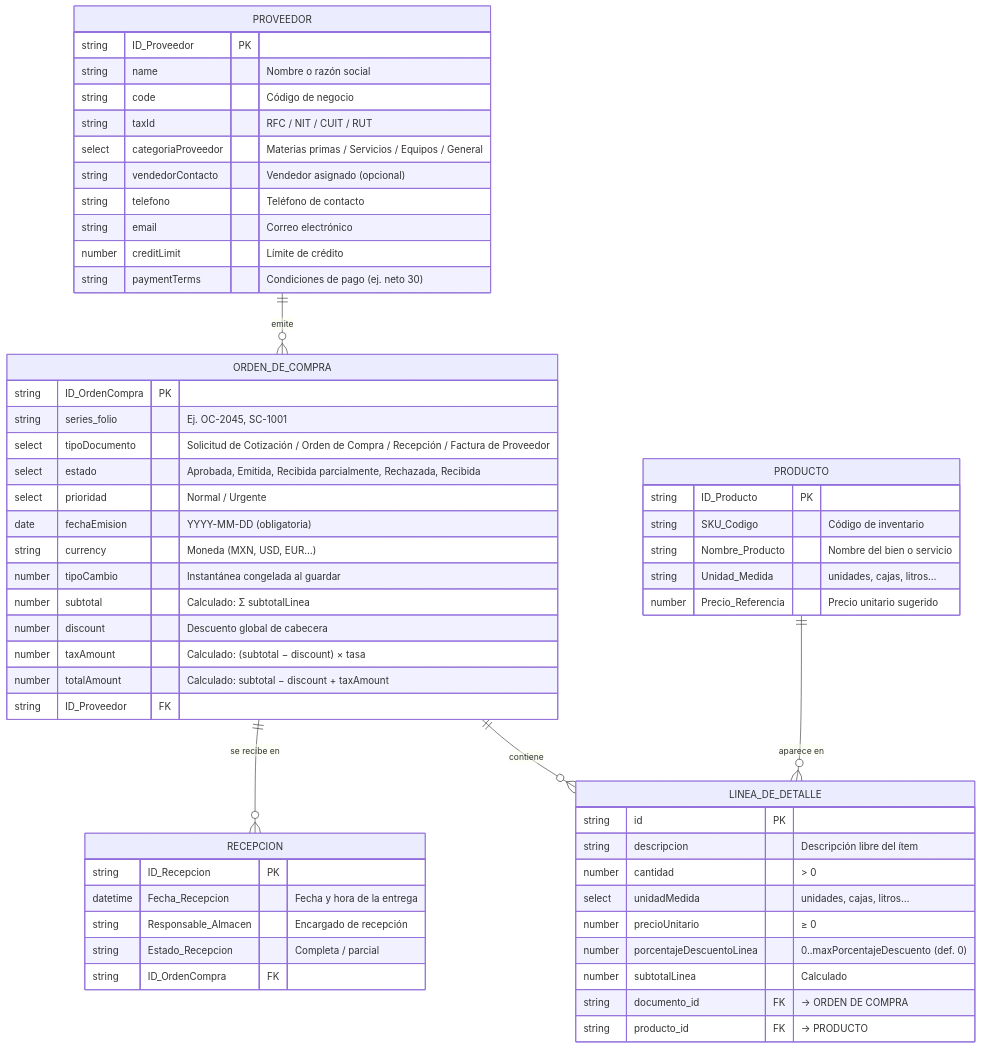
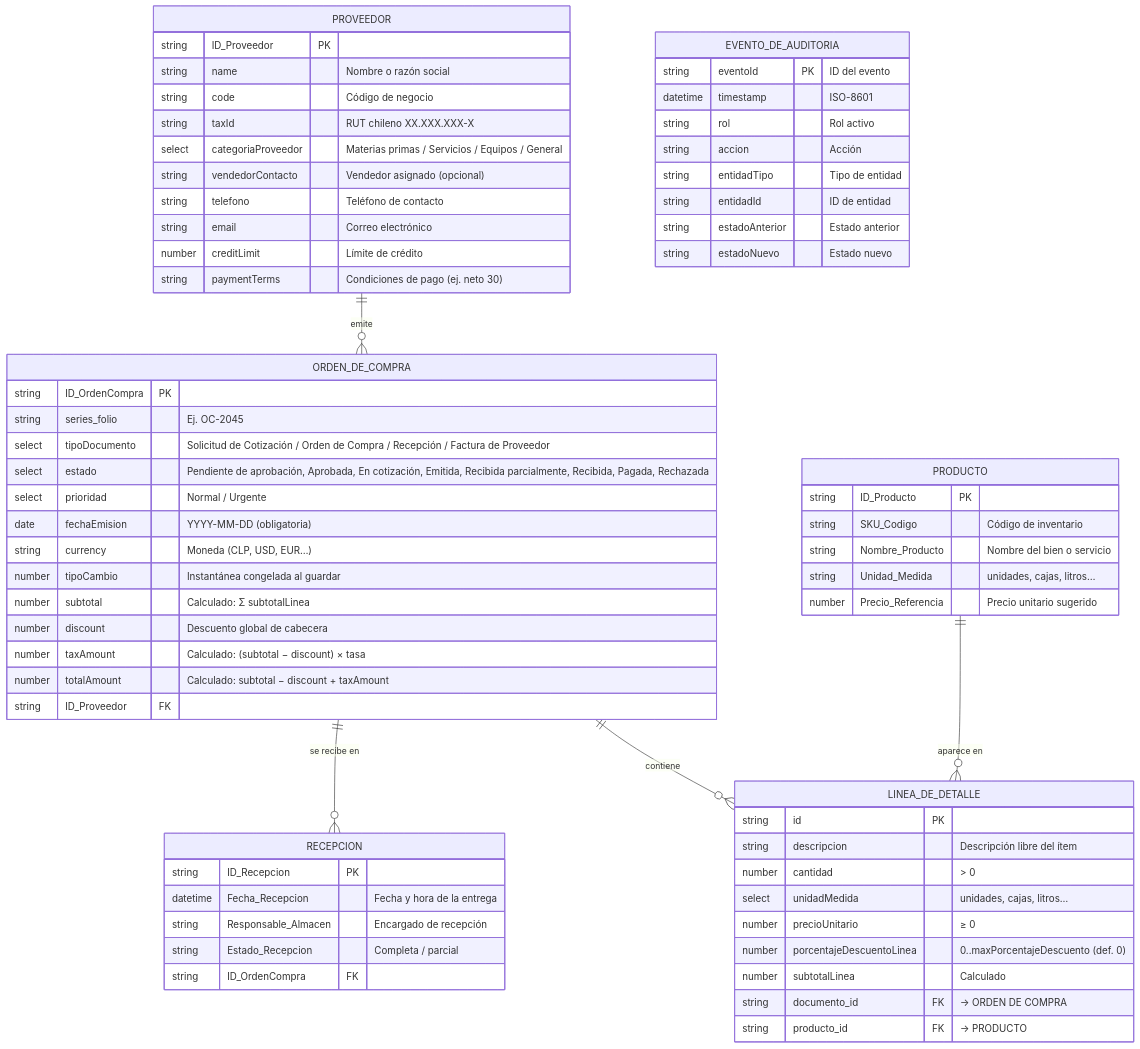
Before and after one commit to MDS-BI/Grupo-14: the first of 2 diagrams in specs/001-erp-base-module/data-model.md, drawn with Mermaid. The commit also changed other lines of this file and 6 other files, not shown here.

````diff
--- a/specs/001-erp-base-module/data-model.md
+++ b/specs/001-erp-base-module/data-model.md
@@ -10,59 +18,69 @@
 ```mermaid
 erDiagram
   PROVEEDOR ||--o{ ORDEN_DE_COMPRA : "emite"
   ORDEN_DE_COMPRA ||--o{ RECEPCION : "se recibe en"
   ORDEN_DE_COMPRA ||--o{ LINEA_DE_DETALLE : "contiene"
   PRODUCTO ||--o{ LINEA_DE_DETALLE : "aparece en"
   PROVEEDOR {
     string ID_Proveedor PK
     string name "Nombre o razón social"
     string code "Código de negocio"
-    string taxId "RFC / NIT / CUIT / RUT"
+    string taxId "RUT chileno XX.XXX.XXX-X"
     select categoriaProveedor "Materias primas / Servicios / Equipos / General"
     string vendedorContacto "Vendedor asignado (opcional)"
     string telefono "Teléfono de contacto"
     string email "Correo electrónico"
     number creditLimit "Límite de crédito"
     string paymentTerms "Condiciones de pago (ej. neto 30)"
   }
   ORDEN_DE_COMPRA {
     string ID_OrdenCompra PK
-    string series_folio "Ej. OC-2045, SC-1001"
+    string series_folio "Ej. OC-2045"
     select tipoDocumento "Solicitud de Cotización / Orden de Compra / Recepción / Factura de Proveedor"
-    select estado "Aprobada, Emitida, Recibida parcialmente, Rechazada, Recibida"
+    select estado "Pendiente de aprobación, Aprobada, En cotización, Emitida, Recibida parcialmente, Recibida, Pagada, Rechazada"
     select prioridad "Normal / Urgente"
     date fechaEmision "YYYY-MM-DD (obligatoria)"
-    string currency "Moneda (MXN, USD, EUR…)"
+    string currency "Moneda (CLP, USD, EUR…)"
     number tipoCambio "Instantánea congelada al guardar"
     number subtotal "Calculado: Σ subtotalLinea"
     number discount "Descuento global de cabecera"
     number taxAmount "Calculado: (subtotal − discount) × tasa"
     number totalAmount "Calculado: subtotal − discount + taxAmount"
     string ID_Proveedor FK
   }
   RECEPCION {
     string ID_Recepcion PK
     datetime Fecha_Recepcion "Fecha y hora de la entrega"
     string Responsable_Almacen "Encargado de recepción"
     string Estado_Recepcion "Completa / parcial"
     string ID_OrdenCompra FK
   }
   PRODUCTO {
     string ID_Producto PK
     string SKU_Codigo "Código de inventario"
     string Nombre_Producto "Nombre del bien o servicio"
     string Unidad_Medida "unidades, cajas, litros…"
     number Precio_Referencia "Precio unitario sugerido"
   }
+  EVENTO_DE_AUDITORIA {
+    string eventoId PK "ID del evento"
+    datetime timestamp "ISO-8601"
+    string rol "Rol activo"
+    string accion " Acción"
+    string entidadTipo "Tipo de entidad"
+    string entidadId "ID de entidad"
+    string estadoAnterior "Estado anterior"
+    string estadoNuevo "Estado nuevo"
+  }
   LINEA_DE_DETALLE {
     string id PK
     string descripcion "Descripción libre del ítem"
     number cantidad "> 0"
     select unidadMedida "unidades, cajas, litros…"
     number precioUnitario "≥ 0"
     number porcentajeDescuentoLinea "0..maxPorcentajeDescuento (def. 0)"
     number subtotalLinea "Calculado"
     string documento_id FK "→ ORDEN DE COMPRA"
     string producto_id FK "→ PRODUCTO"
   }
 ```
````
